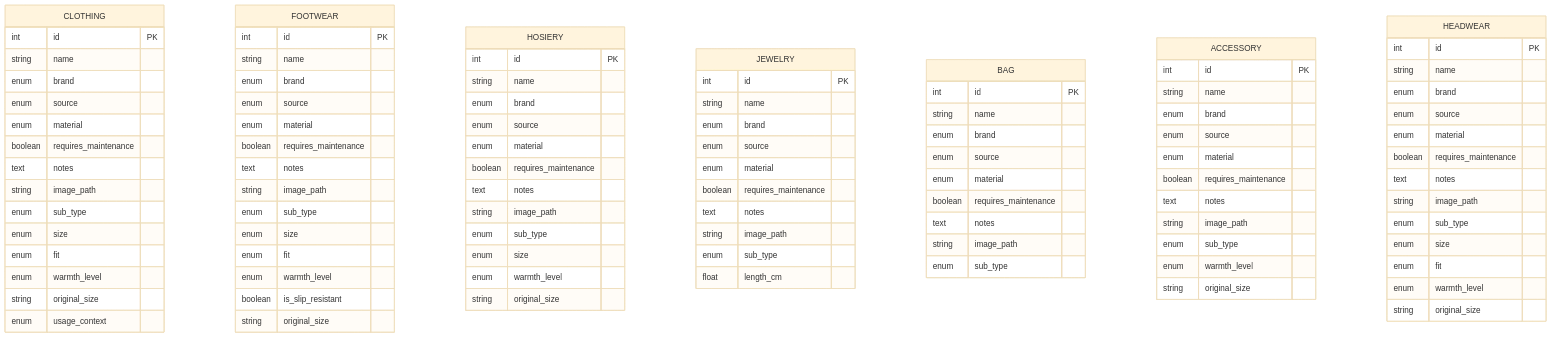
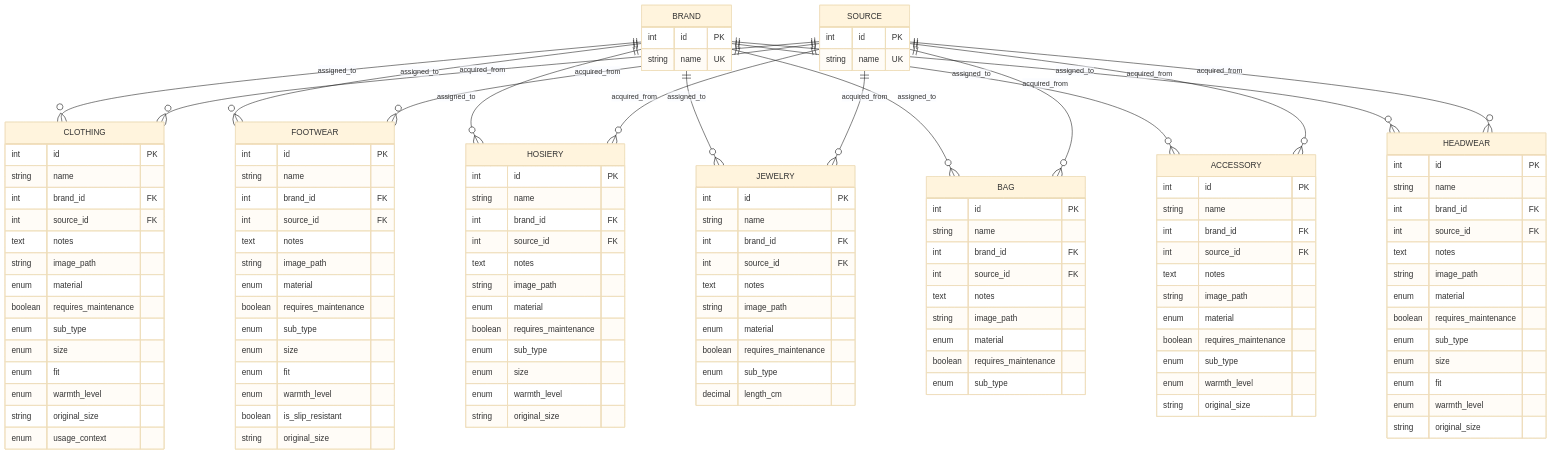
Before and after one commit to fneidel/cupboard: the diagram in docs/v1-wardrobe-system-spec.md, drawn with Mermaid (base theme). The commit also changed other lines of this file, not shown here.

Commit message:
chore(v1-specs): update brand and source from enums to DB tables

````diff
--- a/docs/v1-wardrobe-system-spec.md
+++ b/docs/v1-wardrobe-system-spec.md
@@ -120,14 +129,24 @@
 ```mermaid
 erDiagram
+    BRAND {
+        int id PK
+        string name UK
+    }
+
+    SOURCE {
+        int id PK
+        string name UK
+    }
+
     CLOTHING {
         int id PK
         string name
-        enum brand
-        enum source
+        int brand_id FK
+        int source_id FK
+        text notes
+        string image_path
         enum material
         boolean requires_maintenance
-        text notes
-        string image_path
         enum sub_type
         enum size
         enum fit
@@ -139,12 +158,12 @@
     FOOTWEAR {
         int id PK
         string name
-        enum brand
-        enum source
+        int brand_id FK
+        int source_id FK
+        text notes
+        string image_path
         enum material
         boolean requires_maintenance
-        text notes
-        string image_path
         enum sub_type
         enum size
         enum fit
@@ -156,12 +175,12 @@
     HOSIERY {
         int id PK
         string name
-        enum brand
-        enum source
+        int brand_id FK
+        int source_id FK
+        text notes
+        string image_path
         enum material
         boolean requires_maintenance
-        text notes
-        string image_path
         enum sub_type
         enum size
         enum warmth_level
@@ -171,37 +190,37 @@
     JEWELRY {
         int id PK
         string name
-        enum brand
-        enum source
+        int brand_id FK
+        int source_id FK
+        text notes
+        string image_path
         enum material
         boolean requires_maintenance
-        text notes
-        string image_path
         enum sub_type
-        float length_cm
+        decimal length_cm
     }
 
     BAG {
         int id PK
         string name
-        enum brand
-        enum source
+        int brand_id FK
+        int source_id FK
+        text notes
+        string image_path
         enum material
         boolean requires_maintenance
-        text notes
-        string image_path
         enum sub_type
     }
 
     ACCESSORY {
         int id PK
         string name
-        enum brand
-        enum source
+        int brand_id FK
+        int source_id FK
+        text notes
+        string image_path
         enum material
         boolean requires_maintenance
-        text notes
-        string image_path
         enum sub_type
         enum warmth_level
         string original_size
@@ -210,16 +229,32 @@
     HEADWEAR {
         int id PK
         string name
-        enum brand
-        enum source
+        int brand_id FK
+        int source_id FK
+        text notes
+        string image_path
         enum material
         boolean requires_maintenance
-        text notes
-        string image_path
         enum sub_type
         enum size
         enum fit
         enum warmth_level
         string original_size
     }
+
+    BRAND ||--o{ CLOTHING : assigned_to
+    BRAND ||--o{ FOOTWEAR : assigned_to
+    BRAND ||--o{ HOSIERY : assigned_to
+    BRAND ||--o{ JEWELRY : assigned_to
+    BRAND ||--o{ BAG : assigned_to
+    BRAND ||--o{ ACCESSORY : assigned_to
+    BRAND ||--o{ HEADWEAR : assigned_to
+
+    SOURCE ||--o{ CLOTHING : acquired_from
+    SOURCE ||--o{ FOOTWEAR : acquired_from
+    SOURCE ||--o{ HOSIERY : acquired_from
+    SOURCE ||--o{ JEWELRY : acquired_from
+    SOURCE ||--o{ BAG : acquired_from
+    SOURCE ||--o{ ACCESSORY : acquired_from
+    SOURCE ||--o{ HEADWEAR : acquired_from
 ```
````
